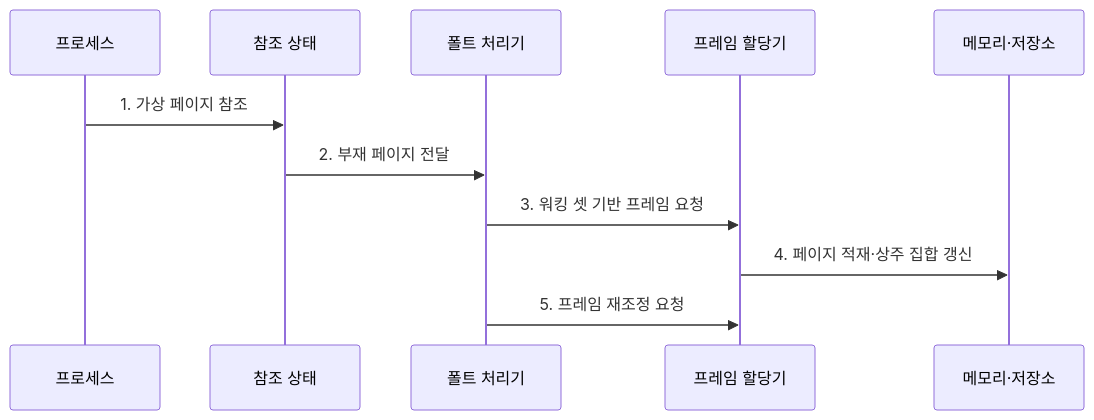
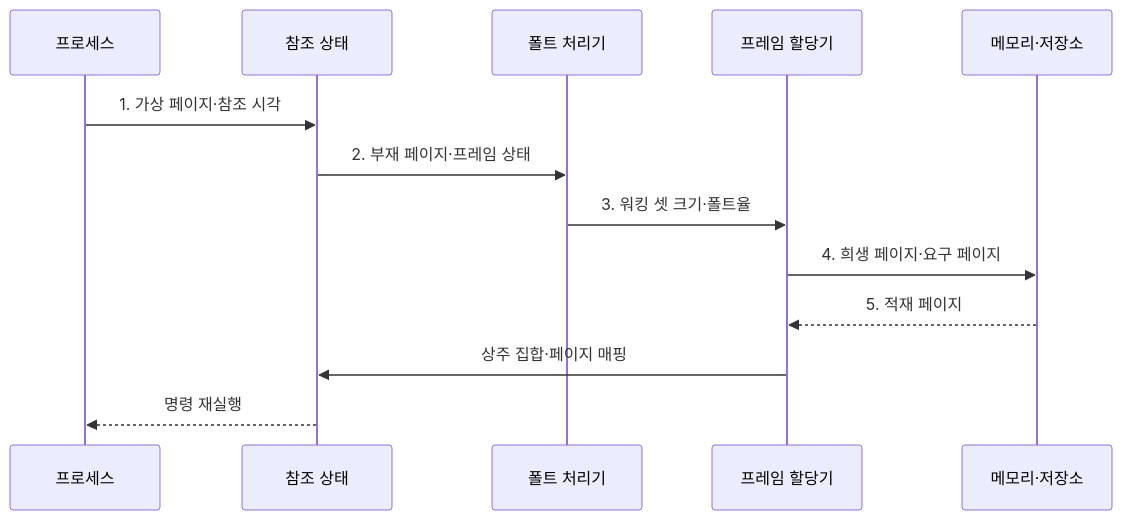
The second of 2 diagrams in src/content/docs/notes/03-software/016_working_set_page_fault.md (agnusdei1207/knowledge-base), drawn with Mermaid before and after one commit. The commit also changed other lines of this file and 20 other files, not shown here.

````diff
--- a/src/content/docs/notes/03-software/016_working_set_page_fault.md
+++ b/src/content/docs/notes/03-software/016_working_set_page_fault.md
@@ -88,13 +91,15 @@
 ```mermaid
 sequenceDiagram
     participant P as 프로세스
     participant R as 참조 상태
     participant H as 폴트 처리기
     participant F as 프레임 할당기
     participant B as 메모리·저장소
-    P->>R: 1. 가상 페이지 참조
-    R->>H: 2. 부재 페이지 전달
-    H->>F: 3. 워킹 셋 기반 프레임 요청
-    F->>B: 4. 페이지 적재·상주 집합 갱신
-    H->>F: 5. 프레임 재조정 요청
+    P->>R: 1. 가상 페이지·참조 시각
+    R->>H: 2. 부재 페이지·프레임 상태
+    H->>F: 3. 워킹 셋 크기·폴트율
+    F->>B: 4. 희생 페이지·요구 페이지
+    B-->>F: 5. 적재 페이지
+    F->>R: 상주 집합·페이지 매핑
+    R-->>P: 명령 재실행
 ```
````
